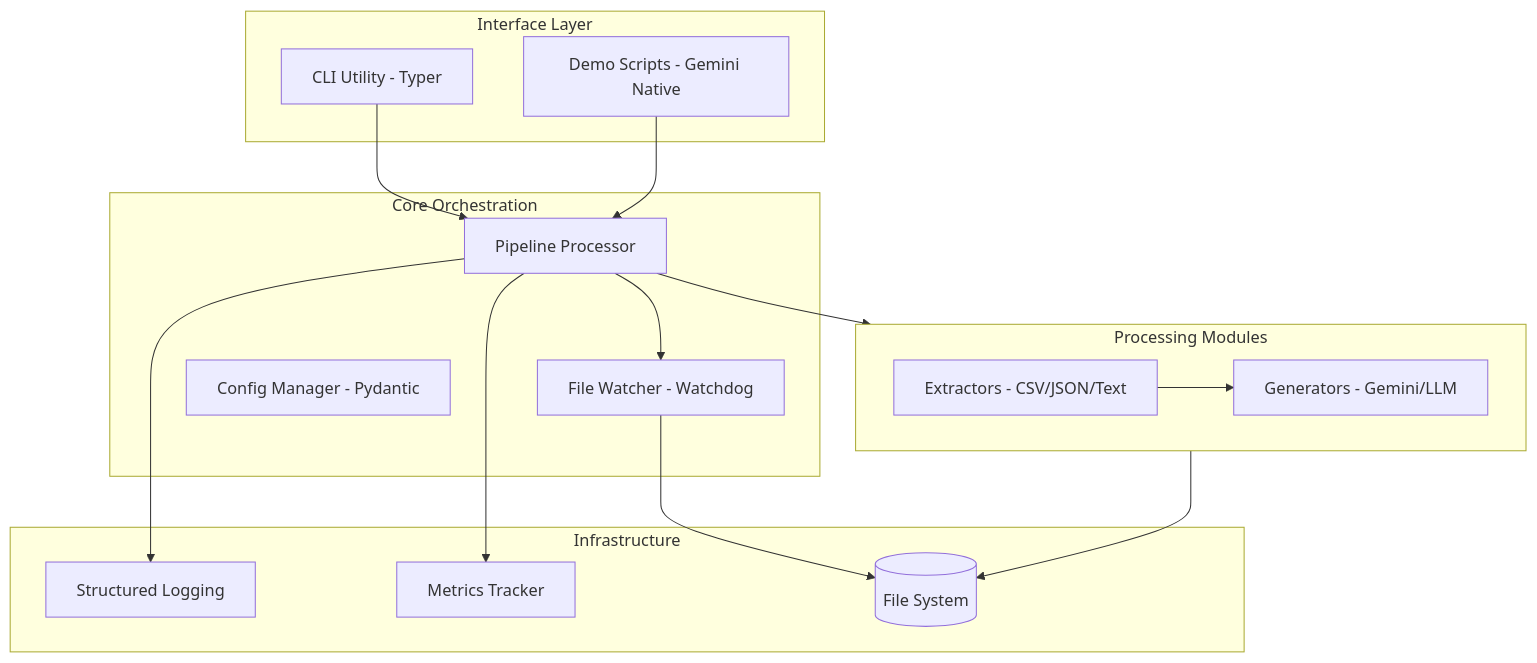
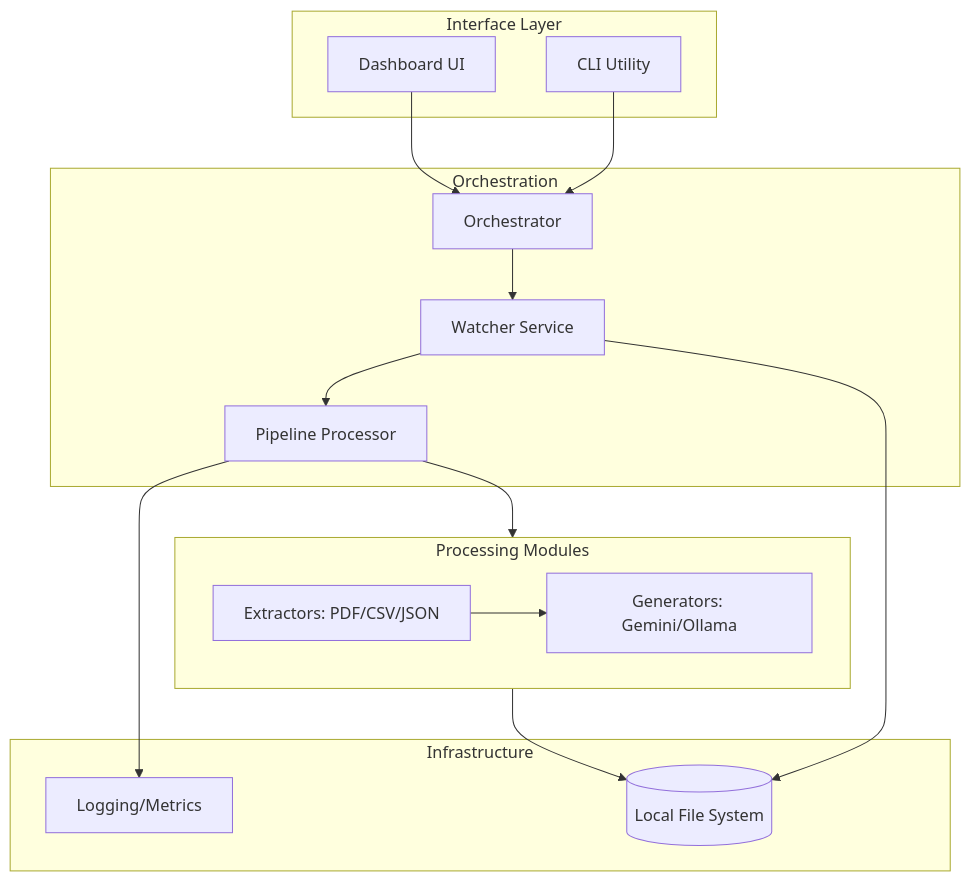
Before and after one commit to WomB0ComB0/browser-use: the first of 2 diagrams in README.md, drawn with Mermaid. The commit also changed other lines of this file, not shown here.

````diff
--- a/README.md
+++ b/README.md
@@ -67,35 +67,34 @@
 ```mermaid
 graph TD
     subgraph "Interface Layer"
-        CLI[CLI Utility - Typer]
-        DEMO[Demo Scripts - Gemini Native]
+        CLI[CLI Utility]
+        DASH[Dashboard UI]
     end
 
-    subgraph "Core Orchestration"
+    subgraph "Orchestration"
+        ORCH[Orchestrator]
+        WATCH[Watcher Service]
         PROC[Pipeline Processor]
-        WATCH[File Watcher - Watchdog]
-        CONFIG[Config Manager - Pydantic]
     end
 
     subgraph "Processing Modules"
         direction LR
-        EXT[Extractors - CSV/JSON/Text]
-        GEN[Generators - Gemini/LLM]
+        EXT[Extractors: PDF/CSV/JSON]
+        GEN[Generators: Gemini/Ollama]
     end
 
     subgraph "Infrastructure"
-        LOG[Structured Logging]
-        METRIC[Metrics Tracker]
-        FS[(File System)]
+        LOG[Logging/Metrics]
+        FS[(Local File System)]
     end
 
-    CLI --> PROC
-    DEMO --> PROC
-    PROC --> WATCH
+    CLI --> ORCH
+    DASH --> ORCH
+    ORCH --> WATCH
     WATCH --> FS
+    WATCH --> PROC
     PROC --> EXT
     EXT --> GEN
     GEN --> FS
     PROC --> LOG
-    PROC --> METRIC
 ```
````
